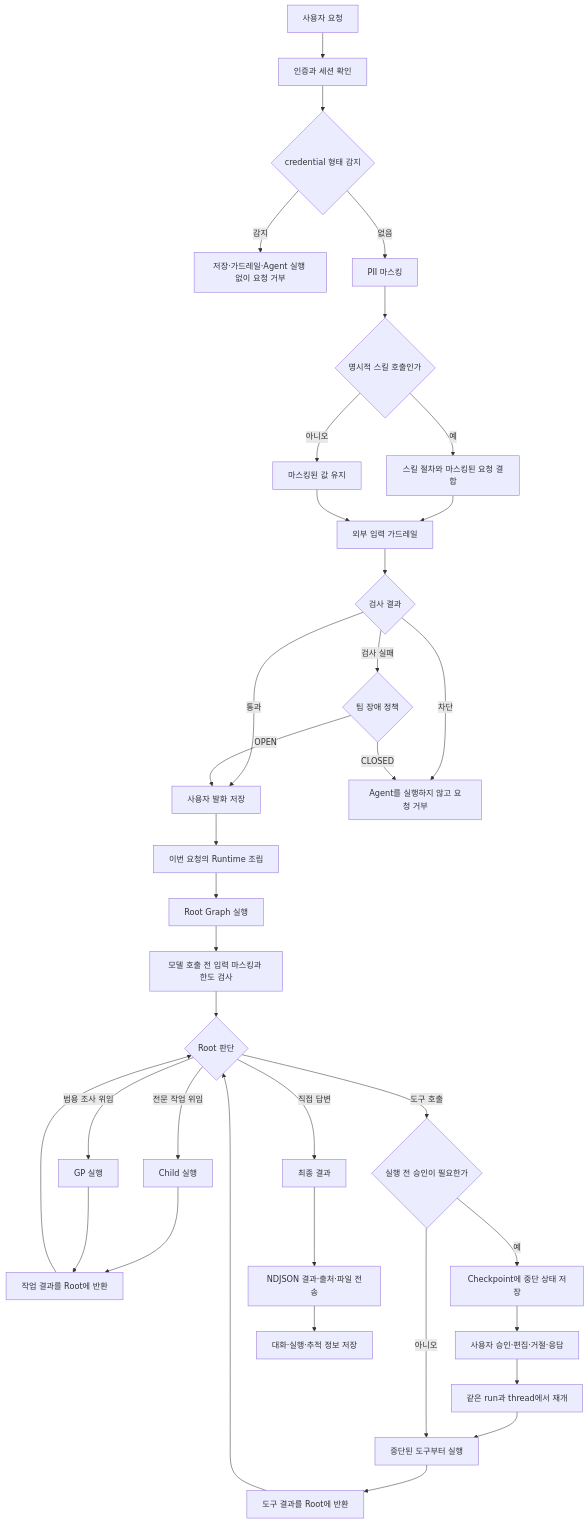
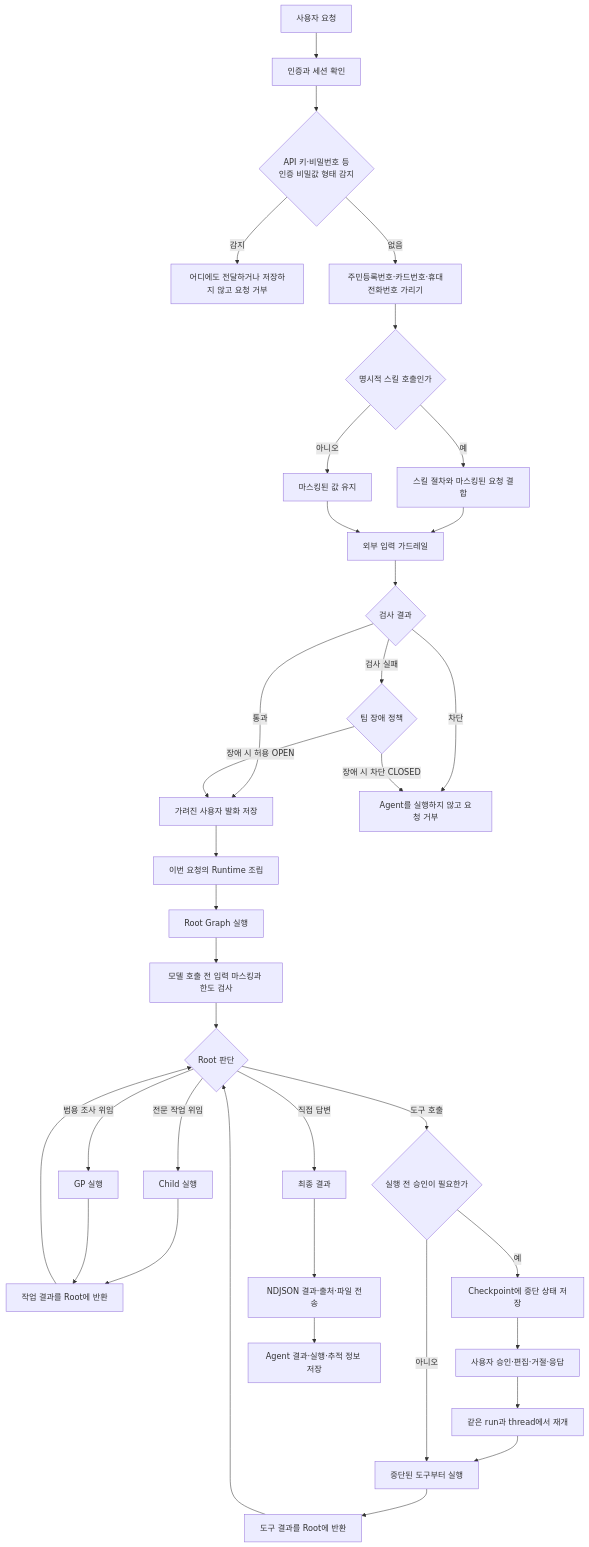
Before and after one commit to SKNETWORKS-FAMILY-AICAMP/SKN29-FINAL-2TEAM: the diagram in docs/설계 및 구현/3_중간발표 이후/작업기록/Juyeon_Agents_Description/01_에이전트_내부_동작_상세_설명.md, drawn with Mermaid. The commit also changed other lines of this file and 11 other files, not shown here.

````diff
--- a/docs/설계 및 구현/3_중간발표 이후/작업기록/Juyeon_Agents_Description/01_에이전트_내부_동작_상세_설명.md
+++ b/docs/설계 및 구현/3_중간발표 이후/작업기록/Juyeon_Agents_Description/01_에이전트_내부_동작_상세_설명.md
@@ -7,38 +7,38 @@
 ```mermaid
 flowchart TD
     A[사용자 요청] --> B[인증과 세션 확인]
-    B --> B1{credential 형태 감지}
-    B1 -->|감지| X1[저장·가드레일·Agent 실행 없이 요청 거부]
-    B1 -->|없음| B2[PII 마스킹]
+    B --> B1{"API 키·비밀번호 등<br/>인증 비밀값 형태 감지"}
+    B1 -->|감지| X1[어디에도 전달하거나 저장하지 않고 요청 거부]
+    B1 -->|없음| B2[주민등록번호·카드번호·휴대전화번호 가리기]
     B2 --> C{명시적 스킬 호출인가}
     C -->|예| C1[스킬 절차와 마스킹된 요청 결합]
     C -->|아니오| C2[마스킹된 값 유지]
     C1 --> D[외부 입력 가드레일]
     C2 --> D
     D --> E{검사 결과}
-    E -->|통과| F[사용자 발화 저장]
+    E -->|통과| F[가려진 사용자 발화 저장]
     E -->|차단| X[Agent를 실행하지 않고 요청 거부]
     E -->|검사 실패| E1{팀 장애 정책}
-    E1 -->|OPEN| F
-    E1 -->|CLOSED| X
+    E1 -->|장애 시 허용 OPEN| F
+    E1 -->|장애 시 차단 CLOSED| X
     F --> G[이번 요청의 Runtime 조립]
     G --> H[Root Graph 실행]
     H --> I[모델 호출 전 입력 마스킹과 한도 검사]
     I --> J{Root 판단}
     J -->|직접 답변| Z[최종 결과]
     J -->|전문 작업 위임| K[Child 실행]
     J -->|범용 조사 위임| L[GP 실행]
     K --> M[작업 결과를 Root에 반환]
     L --> M
     M --> J
     J -->|도구 호출| N{실행 전 승인이 필요한가}
     N -->|예| O[Checkpoint에 중단 상태 저장]
     O --> P[사용자 승인·편집·거절·응답]
     P --> Q[같은 run과 thread에서 재개]
     Q --> R[중단된 도구부터 실행]
     N -->|아니오| R
     R --> S[도구 결과를 Root에 반환]
     S --> J
     Z --> T[NDJSON 결과·출처·파일 전송]
-    T --> U[대화·실행·추적 정보 저장]
+    T --> U[Agent 결과·실행·추적 정보 저장]
 ```
````
